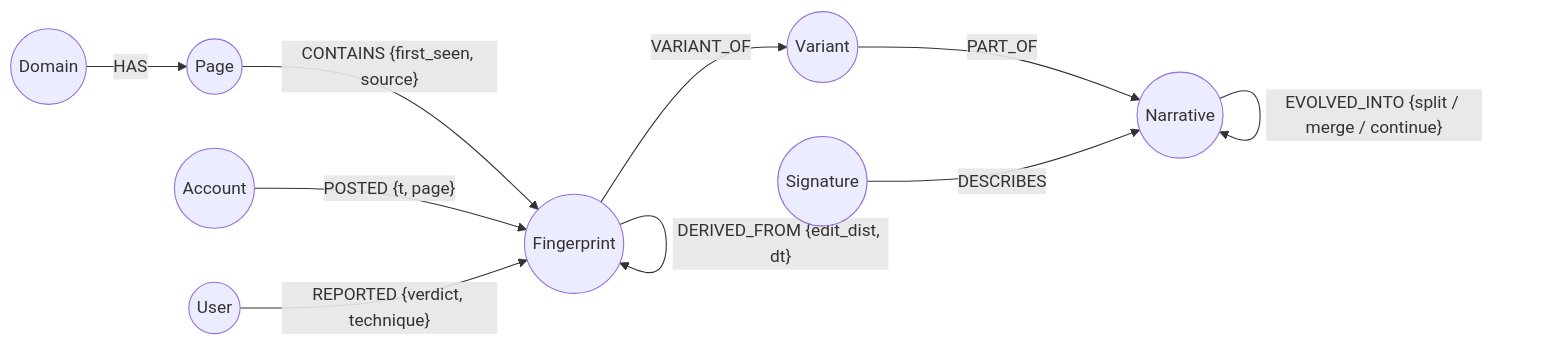
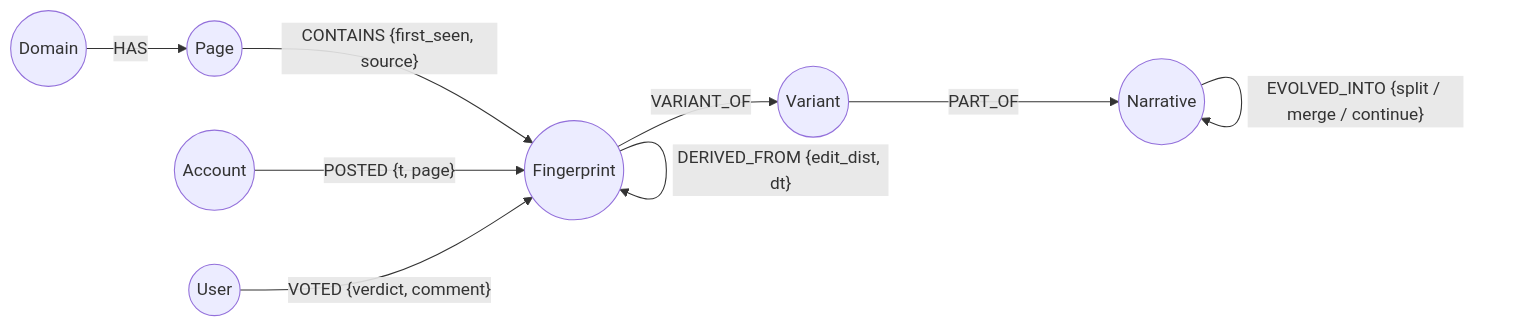
Before and after one commit to nlinnanen/konklaavi: the first of 3 diagrams in docs/data-model.md, drawn with Mermaid. The commit also changed other lines of this file and 5 other files, not shown here.

````diff
--- a/docs/data-model.md
+++ b/docs/data-model.md
@@ -13,21 +13,19 @@
 ```mermaid
 flowchart LR
   User((User))
   Account((Account))
   Domain((Domain))
   Page((Page))
   FP((Fingerprint))
   Var((Variant))
   Nar((Narrative))
-  Sig((Signature))
 
   Domain -->|HAS| Page
   Page -->|"CONTAINS {first_seen, source}"| FP
   Account -->|"POSTED {t, page}"| FP
   FP -->|VARIANT_OF| Var
   Var -->|PART_OF| Nar
   FP -->|"DERIVED_FROM {edit_dist, dt}"| FP
   Nar -->|"EVOLVED_INTO {split / merge / continue}"| Nar
-  User -->|"REPORTED {verdict, technique}"| FP
-  Sig -->|DESCRIBES| Nar
+  User -->|"VOTED {verdict, comment}"| FP
 ```
````
